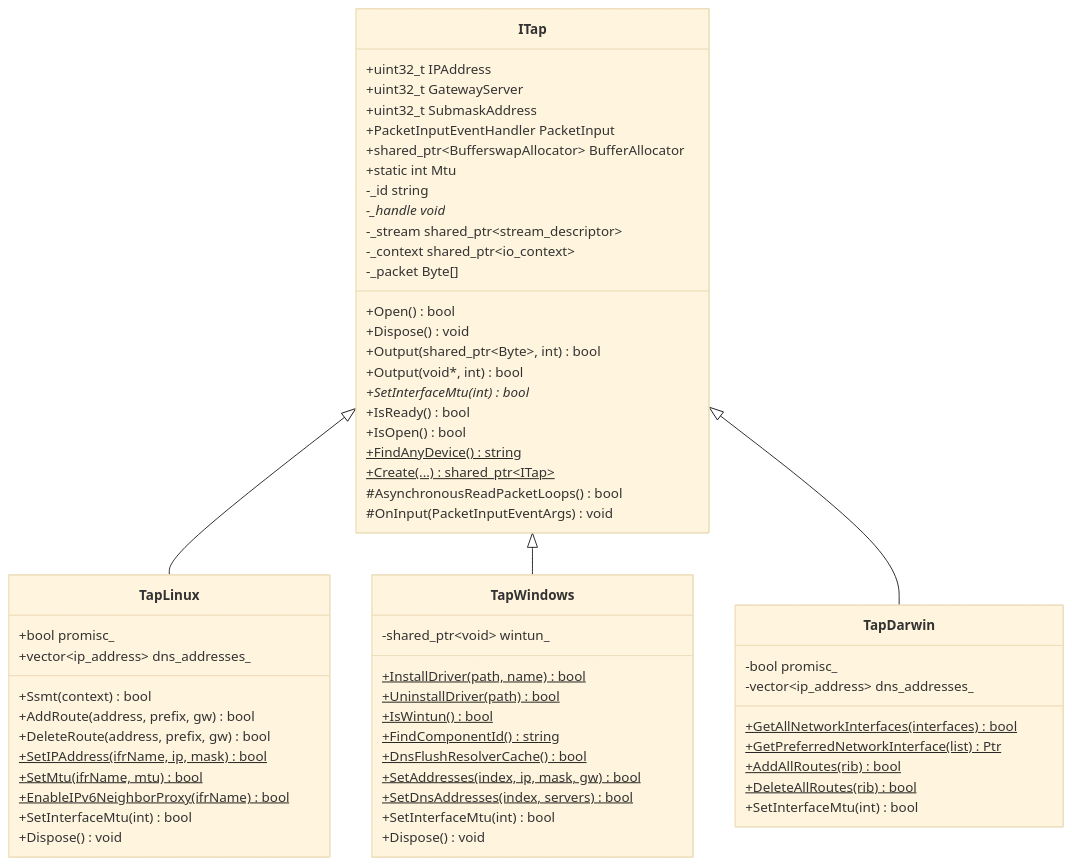
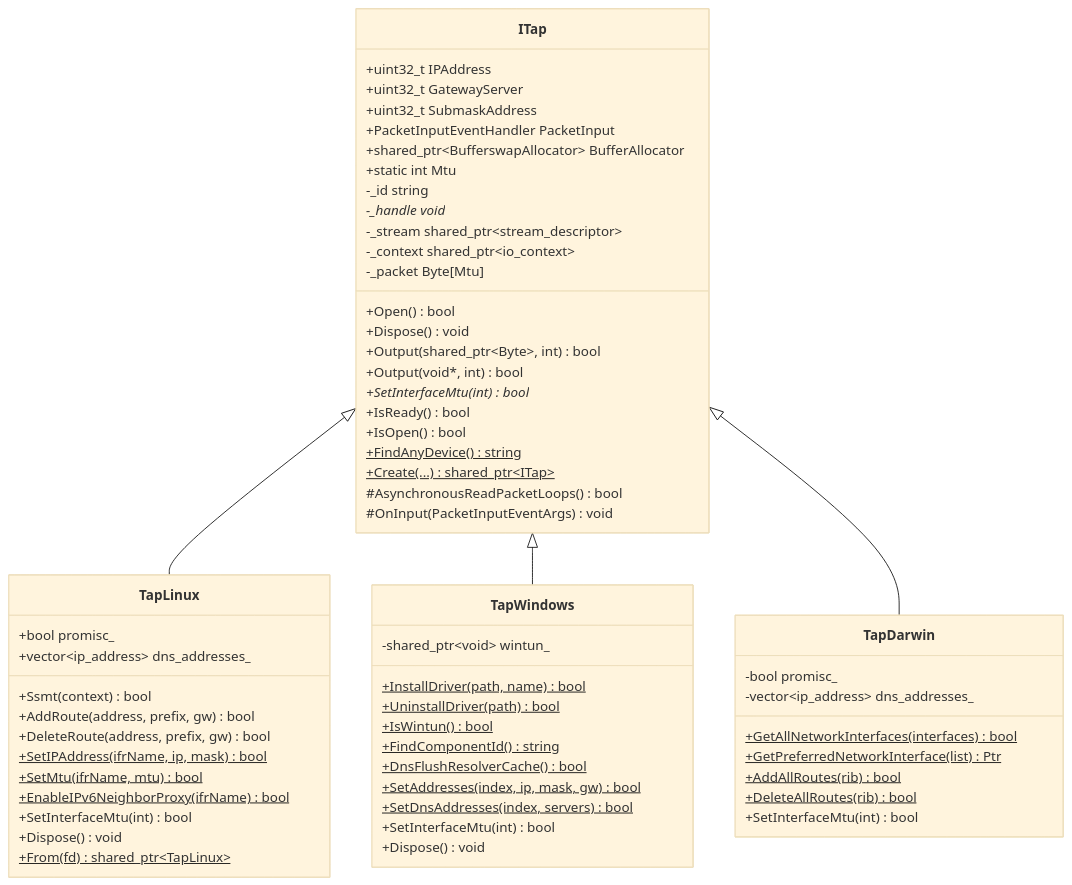
The third of 10 diagrams in docs/PLATFORMS_CN.md (HyacinthHaru/openppp2), drawn with Mermaid (base theme) before and after one commit. The commit also changed other lines of this file and 93 other files, not shown here.

````diff
--- a/docs/PLATFORMS_CN.md
+++ b/docs/PLATFORMS_CN.md
@@ -101,67 +87,68 @@
 ```mermaid
 classDiagram
     class ITap {
         +uint32_t IPAddress
         +uint32_t GatewayServer
         +uint32_t SubmaskAddress
         +PacketInputEventHandler PacketInput
         +shared_ptr~BufferswapAllocator~ BufferAllocator
         +static int Mtu
         +Open() bool
         +Dispose() void
         +Output(shared_ptr~Byte~, int) bool
         +Output(void*, int) bool
         +SetInterfaceMtu(int) bool*
         +IsReady() bool
         +IsOpen() bool
         +FindAnyDevice()$ string
         +Create(...)$ shared_ptr~ITap~
         #AsynchronousReadPacketLoops() bool
         #OnInput(PacketInputEventArgs) void
         -_id string
         -_handle void*
         -_stream shared_ptr~stream_descriptor~
         -_context shared_ptr~io_context~
-        -_packet Byte[]
+        -_packet Byte[Mtu]
     }
 
     class TapLinux {
         +bool promisc_
         +vector~ip_address~ dns_addresses_
         +Ssmt(context) bool
         +AddRoute(address, prefix, gw) bool
         +DeleteRoute(address, prefix, gw) bool
         +SetIPAddress(ifrName, ip, mask)$ bool
         +SetMtu(ifrName, mtu)$ bool
         +EnableIPv6NeighborProxy(ifrName)$ bool
         +SetInterfaceMtu(int) bool
         +Dispose() void
+        +From(fd)$ shared_ptr~TapLinux~
     }
 
     class TapWindows {
         -shared_ptr~void~ wintun_
         +InstallDriver(path, name)$ bool
         +UninstallDriver(path)$ bool
         +IsWintun()$ bool
         +FindComponentId()$ string
         +DnsFlushResolverCache()$ bool
         +SetAddresses(index, ip, mask, gw)$ bool
         +SetDnsAddresses(index, servers)$ bool
         +SetInterfaceMtu(int) bool
         +Dispose() void
     }
 
     class TapDarwin {
         -bool promisc_
         -vector~ip_address~ dns_addresses_
         +GetAllNetworkInterfaces(interfaces)$ bool
         +GetPreferredNetworkInterface(list)$ Ptr
         +AddAllRoutes(rib)$ bool
         +DeleteAllRoutes(rib)$ bool
         +SetInterfaceMtu(int) bool
     }
 
     ITap <|-- TapLinux
     ITap <|-- TapWindows
     ITap <|-- TapDarwin
 ```
````
